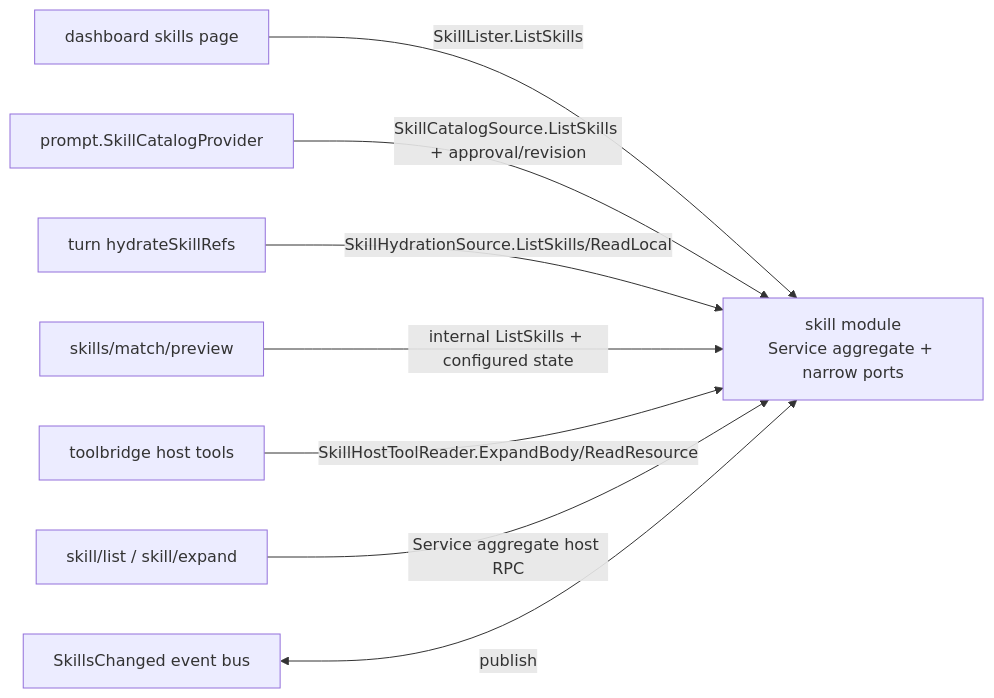
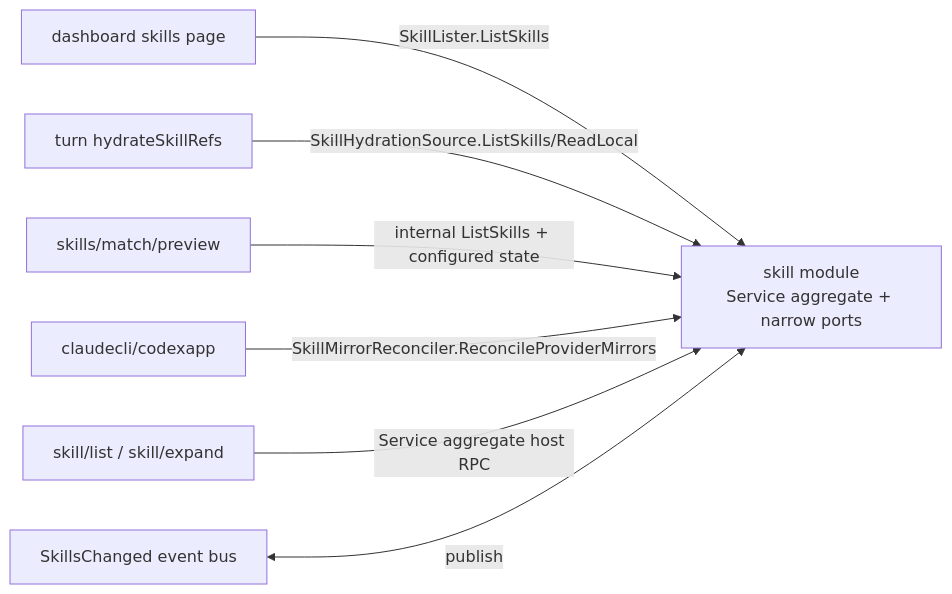
The eighth of 8 diagrams in docs/doc/codemap/07-module-read.md (lihah111222333-cloud/Super-Dolphin-Agent-Cockpit), drawn with Mermaid before and after one commit. The commit also changed other lines of this file and 267 other files, not shown here.

Commit message:
feat(skill): land provider-native skill v1

````diff
--- a/docs/doc/codemap/07-module-read.md
+++ b/docs/doc/codemap/07-module-read.md
@@ -419,11 +422,10 @@
 ```mermaid
 flowchart LR
     SK[skill module\nService aggregate + narrow ports]
     DASH[dashboard skills page] -->|SkillLister.ListSkills| SK
-    PROMPT[prompt.SkillCatalogProvider] -->|SkillCatalogSource.ListSkills + approval/revision| SK
     TURN[turn hydrateSkillRefs] -->|SkillHydrationSource.ListSkills/ReadLocal| SK
     MATCH[skills/match/preview] -->|internal ListSkills + configured state| SK
-    TOOLS[toolbridge host tools] -->|SkillHostToolReader.ExpandBody/ReadResource| SK
+    PROVIDERS[claudecli/codexapp] -->|SkillMirrorReconciler.ReconcileProviderMirrors| SK
     HOST[skill/list / skill/expand] -->|Service aggregate host RPC| SK
     EVENTS[SkillsChanged event bus] <-->|publish| SK
 ```
````
